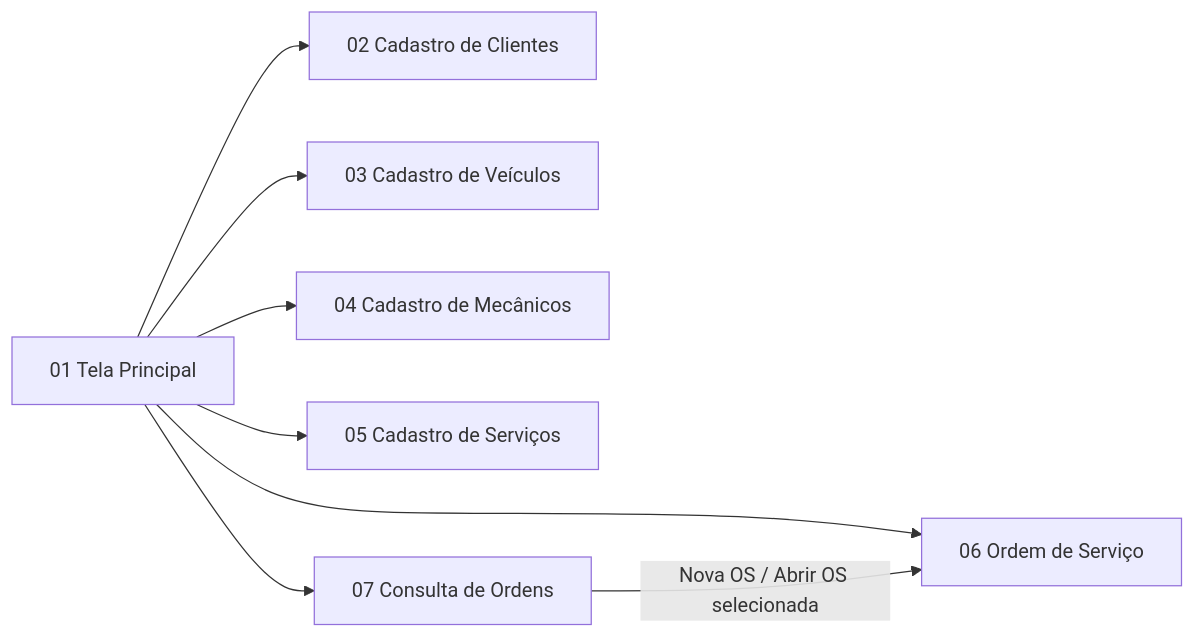
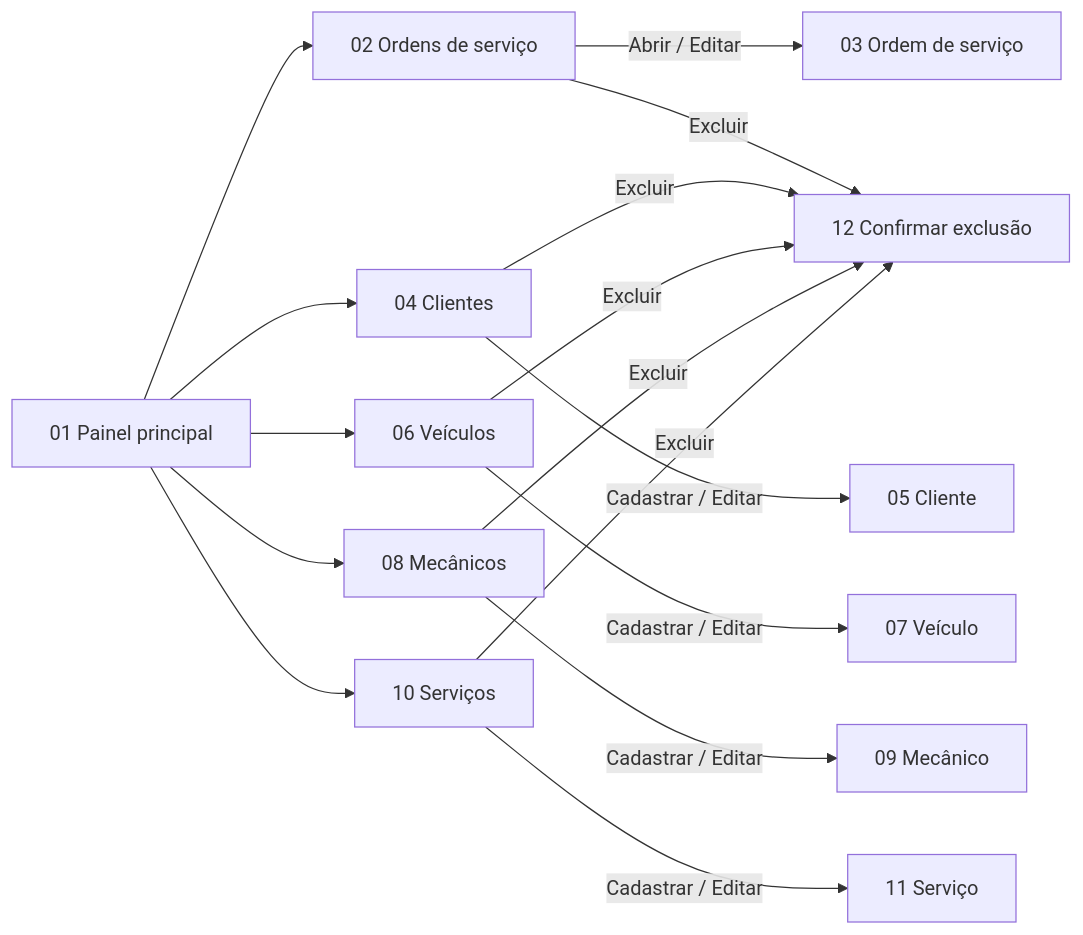
Before and after one commit to maicon-junior/oficina-mecanica: the diagram in oficina mecanica 1/README.md, drawn with Mermaid. The commit also changed other lines of this file and 166 other files, not shown here.

````diff
--- a/oficina mecanica 1/README.md
+++ b/oficina mecanica 1/README.md
@@ -83,11 +94,15 @@
 ```mermaid
 flowchart LR
-    P[01 Tela Principal]
-    P --> C[02 Cadastro de Clientes]
-    P --> V[03 Cadastro de Veículos]
-    P --> M[04 Cadastro de Mecânicos]
-    P --> S[05 Cadastro de Serviços]
-    P --> O[06 Ordem de Serviço]
-    P --> Q[07 Consulta de Ordens]
-    Q -->|Nova OS / Abrir OS selecionada| O
+    P[01 Painel principal]
+    P --> OL[02 Ordens de serviço]
+    P --> CL[04 Clientes]
+    P --> VL[06 Veículos]
+    P --> ML[08 Mecânicos]
+    P --> SL[10 Serviços]
+    OL -->|Abrir / Editar| OF[03 Ordem de serviço]
+    CL -->|Cadastrar / Editar| CF[05 Cliente]
+    VL -->|Cadastrar / Editar| VF[07 Veículo]
+    ML -->|Cadastrar / Editar| MF[09 Mecânico]
+    SL -->|Cadastrar / Editar| SF[11 Serviço]
+    OL & CL & VL & ML & SL -->|Excluir| EX[12 Confirmar exclusão]
 ```
````
